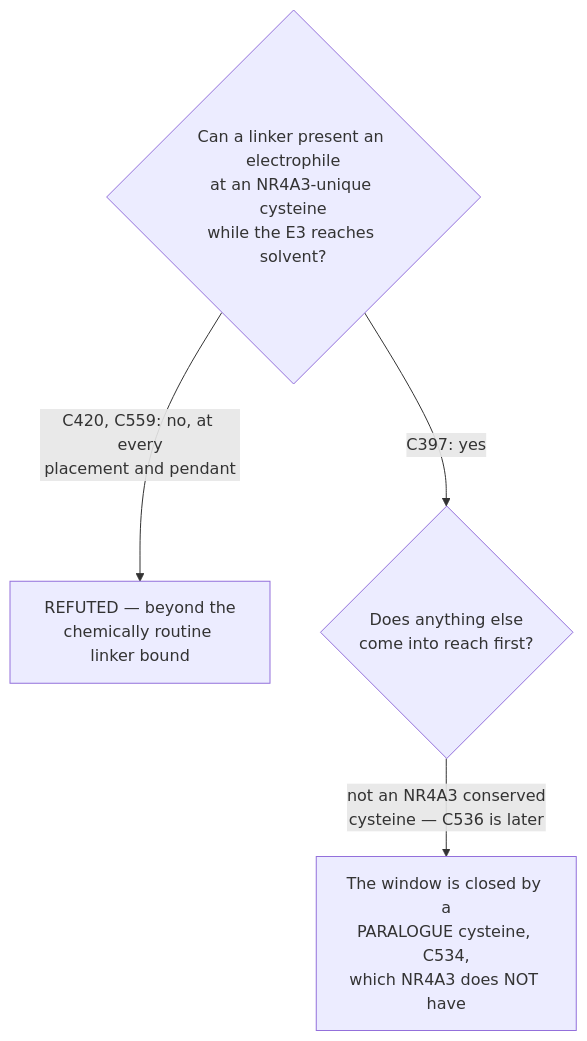
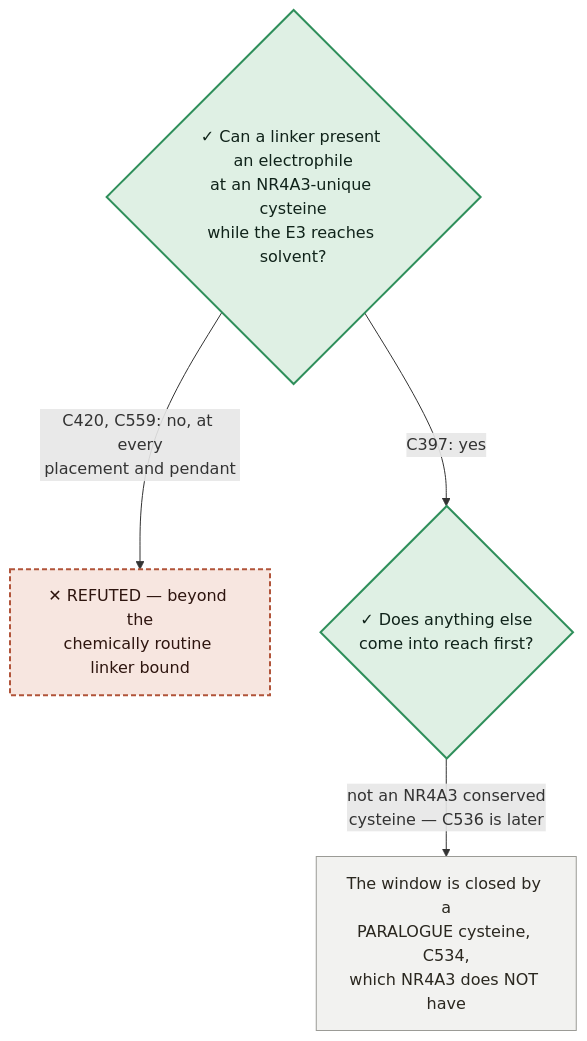
The third of 3 diagrams in research/manuscripts/nr4a3-program-map.md (trimcrae/Rare-cancers), drawn with Mermaid before and after one commit. The commit also changed other lines of this file, not shown here.

Commit message:
program map: colour the branch-1b linker-reach graph
Claude-Session: https://claude.ai/code/session_01CPHkD496qDGUhdNppRbiZt

````diff
--- a/research/manuscripts/nr4a3-program-map.md
+++ b/research/manuscripts/nr4a3-program-map.md
@@ -229,7 +229,15 @@
 ```mermaid
 graph TD
-  L{"Can a linker present an electrophile<br/>at an NR4A3-unique cysteine<br/>while the E3 reaches solvent?"}
-  L -->|"C420, C559: no, at every<br/>placement and pendant"| DEAD["REFUTED — beyond the<br/>chemically routine linker bound"]
-  L -->|"C397: yes"| WIN{"Does anything else<br/>come into reach first?"}
+  L{"✓ Can a linker present an electrophile<br/>at an NR4A3-unique cysteine<br/>while the E3 reaches solvent?"}
+  L -->|"C420, C559: no, at every<br/>placement and pendant"| DEAD["✕ REFUTED — beyond the<br/>chemically routine linker bound"]
+  L -->|"C397: yes"| WIN{"✓ Does anything else<br/>come into reach first?"}
   WIN -->|"not an NR4A3 conserved<br/>cysteine — C536 is later"| PAR["The window is closed by a<br/>PARALOGUE cysteine, C534,<br/>which NR4A3 does NOT have"]
+
+  classDef done fill:#dff0e4,stroke:#2f8f5b,stroke-width:2px,color:#10231a;
+  classDef dead fill:#f7e6e0,stroke:#b1543a,stroke-width:2px,color:#2e150f,stroke-dasharray:5 3;
+  classDef out fill:#f2f2f0,stroke:#9b9b96,stroke-width:1px,color:#2a271f;
+
+  class L,WIN done;
+  class DEAD dead;
+  class PAR out;
 ```
````
